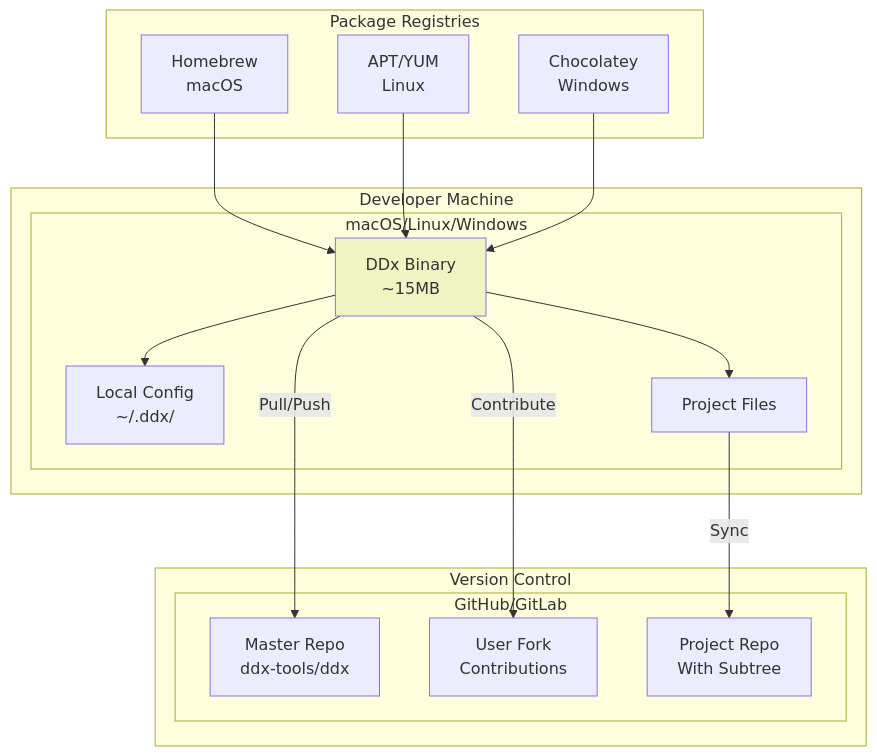
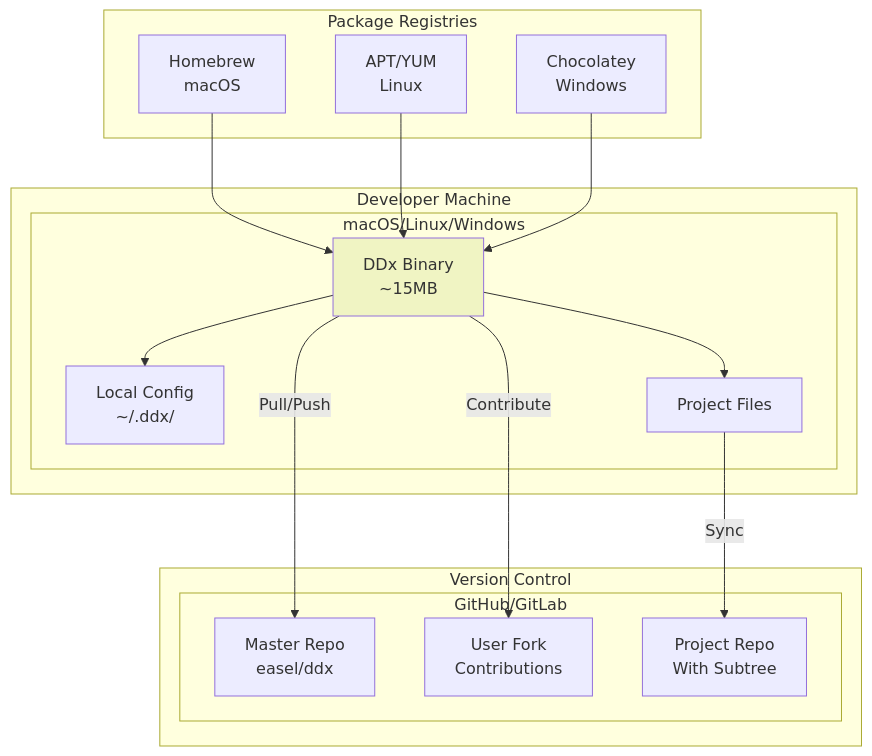
The fifth of 8 diagrams in docs/helix/02-design/architecture.md (easel/ddx), drawn with Mermaid before and after one commit. The commit also changed 12 other files, not shown here.

First line of the commit message:
fix: update all remaining ddx-tools/ddx references to easel/ddx

````diff
--- a/docs/helix/02-design/architecture.md
+++ b/docs/helix/02-design/architecture.md
@@ -214,37 +214,37 @@
 ```mermaid
 graph TB
     subgraph "Developer Machine"
         subgraph "macOS/Linux/Windows"
             BIN[DDx Binary<br/>~15MB]
             CONF_LOCAL[Local Config<br/>~/.ddx/]
             PROJ_LOCAL[Project Files]
         end
     end
 
     subgraph "Version Control"
         subgraph "GitHub/GitLab"
-            MASTER[Master Repo<br/>ddx-tools/ddx]
+            MASTER[Master Repo<br/>easel/ddx]
             FORK[User Fork<br/>Contributions]
             PROJ_REPO[Project Repo<br/>With Subtree]
         end
     end
 
     subgraph "Package Registries"
         BREW[Homebrew<br/>macOS]
         APT[APT/YUM<br/>Linux]
         CHOCO[Chocolatey<br/>Windows]
     end
 
     BIN --> CONF_LOCAL
     BIN --> PROJ_LOCAL
 
     BIN --> |Pull/Push| MASTER
     BIN --> |Contribute| FORK
     PROJ_LOCAL --> |Sync| PROJ_REPO
 
     BREW --> BIN
     APT --> BIN
     CHOCO --> BIN
 
     style BIN fill:#f0f4c3
 ```
````
